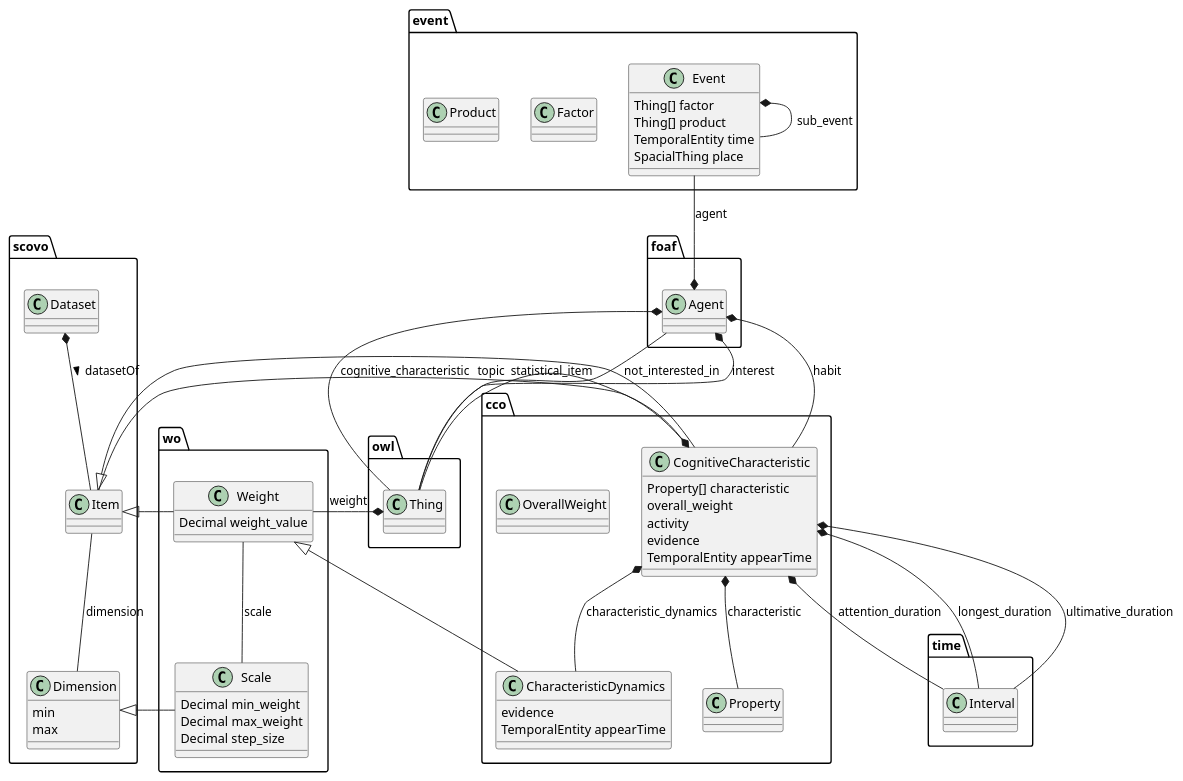
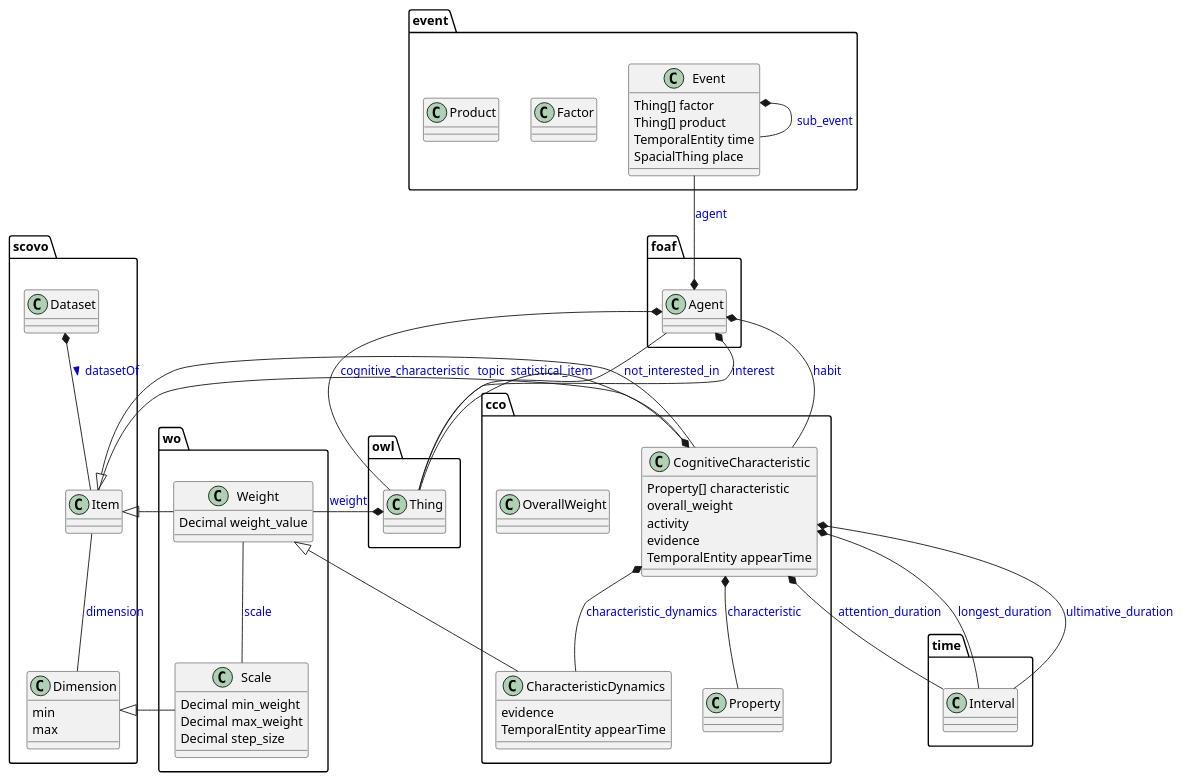
One commit to matippetts/matippetts.github.io changed the diagram in _ontologies/cco-uml.md. Above: the diagram before and after it, drawn with PlantUML. The commit also changed other lines of this file and 7 other files, not shown here.

First line of the commit message:
Attempt to fix build by segregating UML

````diff
--- a/_ontologies/cco-uml.md
+++ b/_ontologies/cco-uml.md
@@ -4,78 +3,79 @@
 {% plantuml %}
 ```plantuml
 @startuml
+skinparam ArrowFontColor MediumBlue
 package owl {
   class Thing
 }
 package time {
   class Interval
 }
 package foaf {
   class Agent
   Agent *-- Thing: cognitive_characteristic
   Agent -- Thing: not_interested_in
   Agent *-- Thing: interest
 }
 package event {
   class Event {
     Thing[] factor
     Thing[] product
     TemporalEntity time
     SpacialThing place
   }
   Event --* Agent: agent
   Event *-- Event: sub_event
   class Factor
   class Product
 }
 package scovo {
   class Dataset
   Dataset *-- Item: datasetOf >
   class Dimension {
     min
     max
   }
   class Item
   Item -- Dimension: dimension
 }
 package wo {
   class Scale {
     Decimal min_weight
     Decimal max_weight
     Decimal step_size
   }
   Dimension <|- Scale
   class Weight {
     Decimal weight_value
   }
   Item <|- Weight
   Weight -- Scale: scale
   Thing *-- Weight: weight
 }
 package cco {
   class CognitiveCharacteristic {
     Property[] characteristic
     overall_weight
     activity
     evidence
     TemporalEntity appearTime
   }
   Agent *-- CognitiveCharacteristic: habit
   CognitiveCharacteristic *-- Property: characteristic
   CognitiveCharacteristic *-- CharacteristicDynamics: characteristic_dynamics
   CognitiveCharacteristic *-- Item: statistical_item
   CognitiveCharacteristic -- Thing: topic
   CognitiveCharacteristic *-- Interval: attention_duration
   CognitiveCharacteristic *-- Interval: longest_duration
   CognitiveCharacteristic *-- Interval: ultimative_duration
   Item <|-- CognitiveCharacteristic
   class CharacteristicDynamics {
     evidence
     TemporalEntity appearTime
   }
   Weight <|-- CharacteristicDynamics
   class OverallWeight
 }
 @enduml
 ```
 {% endplantuml %}
````
